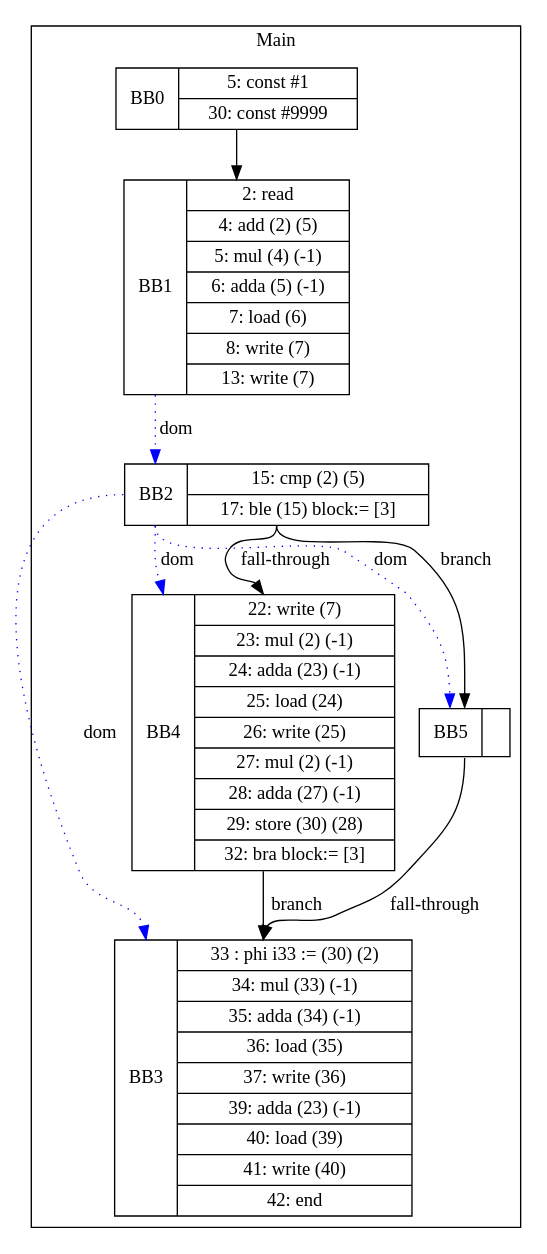
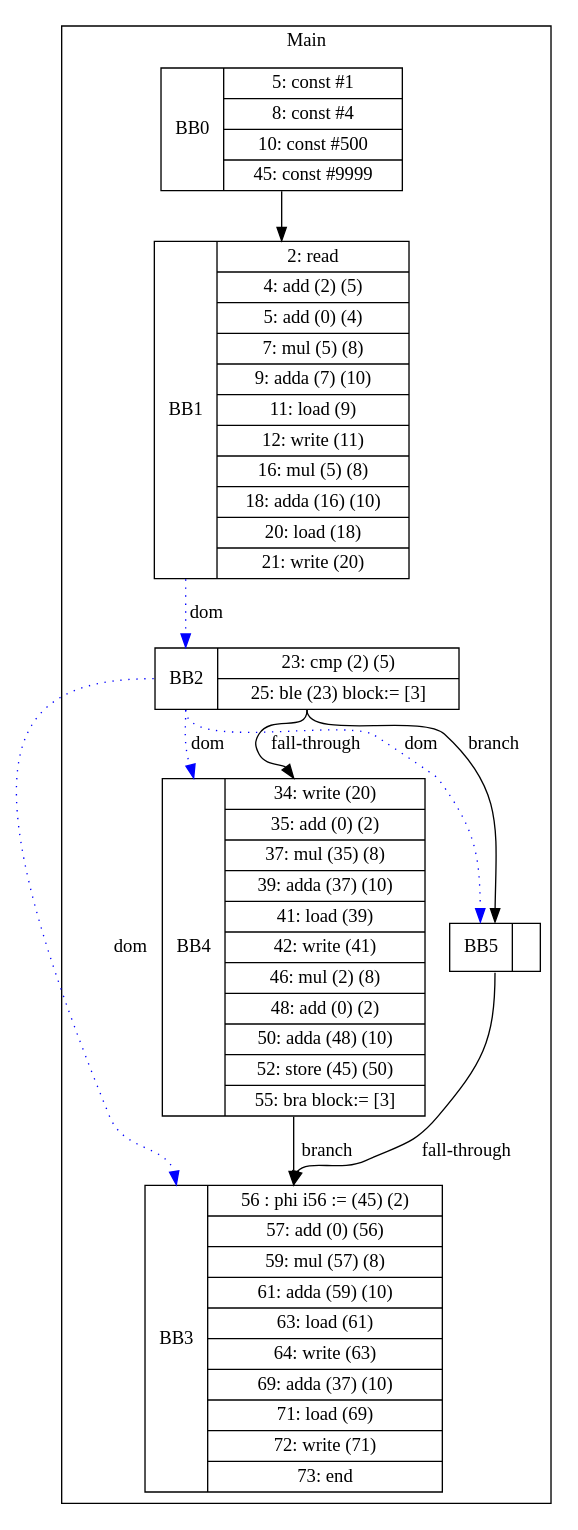
One commit to zjc664656505/UCI-CS241-Advanced-Compiler-main changed the diagram in visualization/cbelem/array/ifJoinKill-3.gv. Above: the diagram before and after it, drawn with Graphviz. The commit also changed 35 other files, not shown here.

```diff
--- a/visualization/cbelem/array/ifJoinKill-3.gv
+++ b/visualization/cbelem/array/ifJoinKill-3.gv
@@ -1,21 +1,21 @@
 digraph G {
 node [shape=record];
 subgraph cluster_main{
 label = "Main";
-BB0 [shape=record, label="<b>BB0|{5: const #1|30: const #9999}"];
-BB1 [shape=record, label="<b>BB1|{2: read|4: add (2) (5)|5: mul (4) (-1)|6: adda (5) (-1)|7: load (6)|8: write (7)|13: write (7)}"];
-BB2 [shape=record, label="<b>BB2|{15: cmp (2) (5)|17: ble (15) block:= [3]}"];
-BB3 [shape=record, label="<b>BB3|{33 : phi i33 := (30) (2)|34: mul (33) (-1)|35: adda (34) (-1)|36: load (35)|37: write (36)|39: adda (23) (-1)|40: load (39)|41: write (40)|42: end}"];
-BB4 [shape=record, label="<b>BB4|{22: write (7)|23: mul (2) (-1)|24: adda (23) (-1)|25: load (24)|26: write (25)|27: mul (2) (-1)|28: adda (27) (-1)|29: store (30) (28)|32: bra block:= [3]}"];
+BB0 [shape=record, label="<b>BB0|{5: const #1|8: const #4|10: const #500|45: const #9999}"];
+BB1 [shape=record, label="<b>BB1|{2: read|4: add (2) (5)|5: add (0) (4)|7: mul (5) (8)|9: adda (7) (10)|11: load (9)|12: write (11)|16: mul (5) (8)|18: adda (16) (10)|20: load (18)|21: write (20)}"];
+BB2 [shape=record, label="<b>BB2|{23: cmp (2) (5)|25: ble (23) block:= [3]}"];
+BB3 [shape=record, label="<b>BB3|{56 : phi i56 := (45) (2)|57: add (0) (56)|59: mul (57) (8)|61: adda (59) (10)|63: load (61)|64: write (63)|69: adda (37) (10)|71: load (69)|72: write (71)|73: end}"];
+BB4 [shape=record, label="<b>BB4|{34: write (20)|35: add (0) (2)|37: mul (35) (8)|39: adda (37) (10)|41: load (39)|42: write (41)|46: mul (2) (8)|48: add (0) (2)|50: adda (48) (10)|52: store (45) (50)|55: bra block:= [3]}"];
 BB5 [shape=record, label="<b>BB5|}"];
 }
 BB0:s -> BB1:n ;
 BB2:b -> BB3:b [color=blue, style=dotted, label="dom"];
 BB2:b -> BB4:b [color=blue, style=dotted, label="dom"];
 BB1:b -> BB2:b [color=blue, style=dotted, label="dom"];
 BB2:b -> BB5:b [color=blue, style=dotted, label="dom"];
 BB2:s -> BB5:n [label="branch"];
 BB4:s -> BB3:n [label="branch"];
 BB5:s -> BB3:n [label="fall-through"];
 BB2:s -> BB4:n [label="fall-through"];
 }
```
